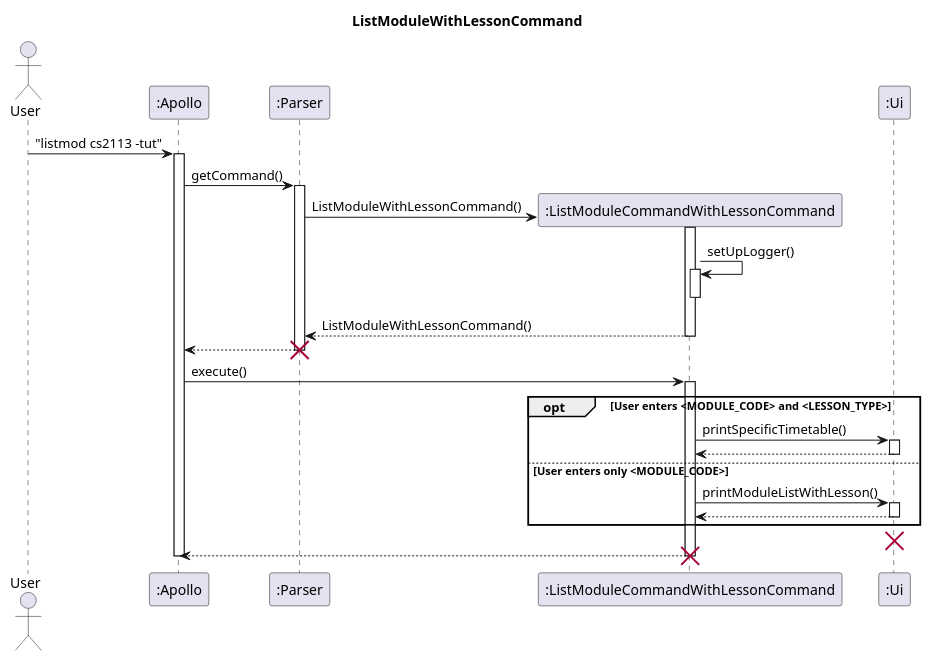
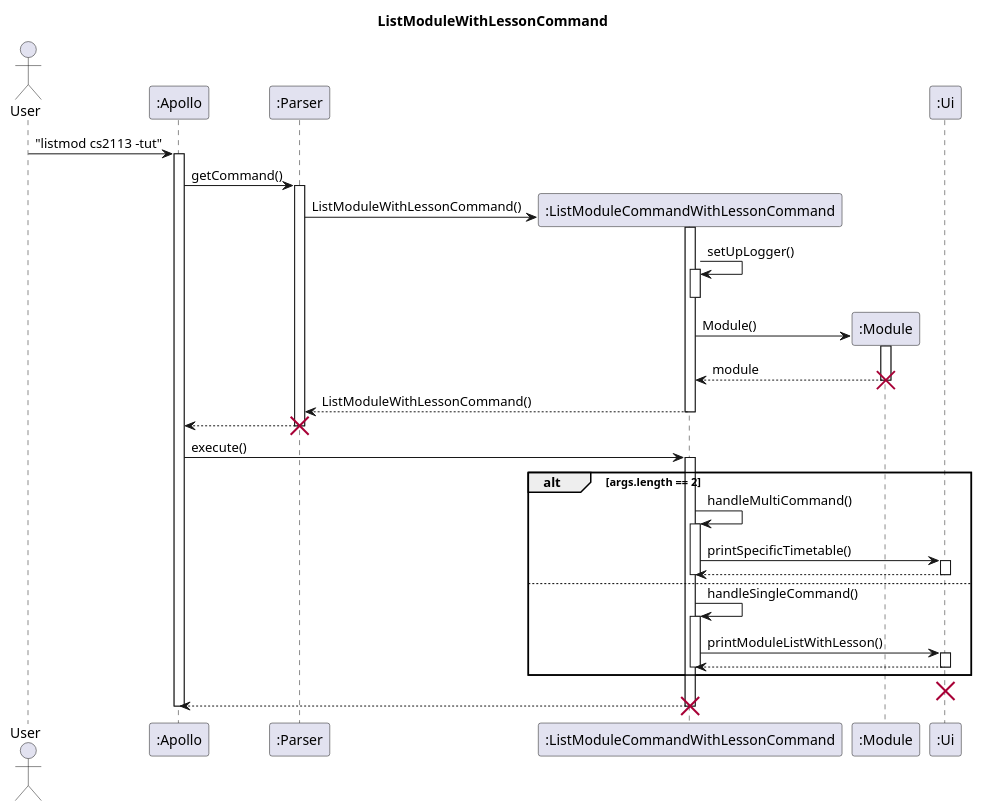
The diagram in docs/uml-source/ListModuleWithLessonCommand.puml (nus-cs2113-AY2223S2/tp), drawn with PlantUML before and after one commit. The commit also changed 3 other files, not shown here.

Commit message:
Update UML diagram for DelMod and Listmod with lesson

```diff
--- a/docs/uml-source/ListModuleWithLessonCommand.puml
+++ b/docs/uml-source/ListModuleWithLessonCommand.puml
@@ -1,68 +1,83 @@
 @startuml
 'https://plantuml.com/sequence-diagram
 
 skinparam maxMessageSize 150
 
 title ListModuleWithLessonCommand
 
 actor User
 
 participant ":Apollo" as Apollo
 participant ":Parser" as Parser
 participant ":ListModuleCommandWithLessonCommand" as ListMod
+participant ":Module" as Module
 participant ":Ui" as Ui
 
 User -> Apollo : "listmod cs2113 -tut"
 
 activate Apollo
 Apollo -> Parser : getCommand()
 activate Parser
 
 Parser -> ListMod** : ListModuleWithLessonCommand()
 activate ListMod
 
 ListMod -> ListMod : setUpLogger()
 activate ListMod
 deactivate ListMod
 
+ListMod -> Module** : Module()
+activate Module
+Module --> ListMod : module
+deactivate Module
+destroy Module
+
 ListMod --> Parser : ListModuleWithLessonCommand()
 deactivate ListMod
 
 Parser --> Apollo
 deactivate Parser
 destroy Parser
 
 Apollo -> ListMod : execute()
 activate ListMod
 
-opt User enters <MODULE_CODE> and <LESSON_TYPE>
+alt args.length == 2
+ListMod -> ListMod : handleMultiCommand()
+activate ListMod
 ListMod -> Ui : printSpecificTimetable()
 
 activate Ui
 Ui --> ListMod
 deactivate Ui
 
-else User enters only <MODULE_CODE>
+deactivate ListMod
+
+else
+ListMod -> ListMod : handleSingleCommand()
+activate ListMod
 ListMod -> Ui : printModuleListWithLesson()
 
 activate Ui
 Ui --> ListMod
 deactivate Ui
+
+deactivate ListMod
 
 end
 
 destroy Ui
 
 ListMod --> Apollo
 
 deactivate ListMod
 destroy ListMod
 
 
 deactivate Apollo
 
 
 
 
 
 @enduml
```
